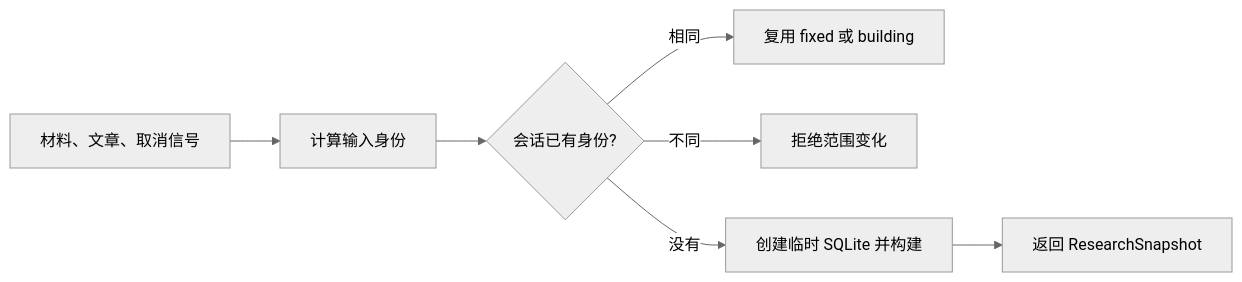
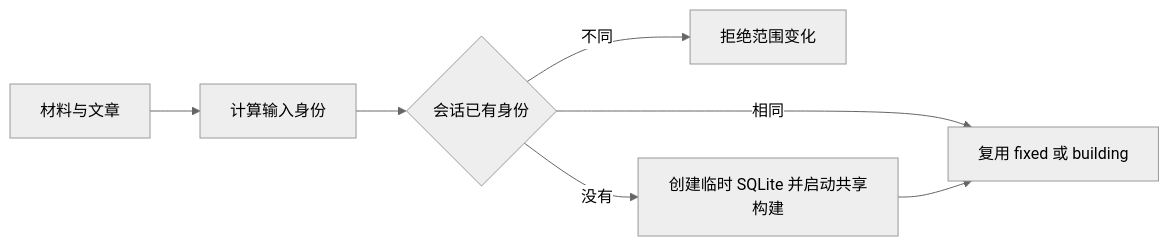
The diagram in .repo-review/knowledge/articles/5b558a618a1a9ad3af448b4c51cb304c71be096880f2a83d55e7d7440d708e24.md (lejunyang/omem), drawn with Mermaid (neutral theme) before and after one commit. The commit also changed other lines of this file and 23 other files, not shown here.

````diff
--- a/.repo-review/knowledge/articles/5b558a618a1a9ad3af448b4c51cb304c71be096880f2a83d55e7d7440d708e24.md
+++ b/.repo-review/knowledge/articles/5b558a618a1a9ad3af448b4c51cb304c71be096880f2a83d55e7d7440d708e24.md
@@ -19,9 +21,9 @@
 ```mermaid
 flowchart LR
-  A[材料、文章、取消信号] --> B[计算输入身份]
-  B --> C{会话已有身份?}
+  A[材料与文章] --> B[计算输入身份]
+  B --> C{会话已有身份}
   C -->|相同| D[复用 fixed 或 building]
   C -->|不同| E[拒绝范围变化]
-  C -->|没有| F[创建临时 SQLite 并构建]
-  F --> G[返回 ResearchSnapshot]
+  C -->|没有| F[创建临时 SQLite 并启动共享构建]
+  F --> D
 ```
````
